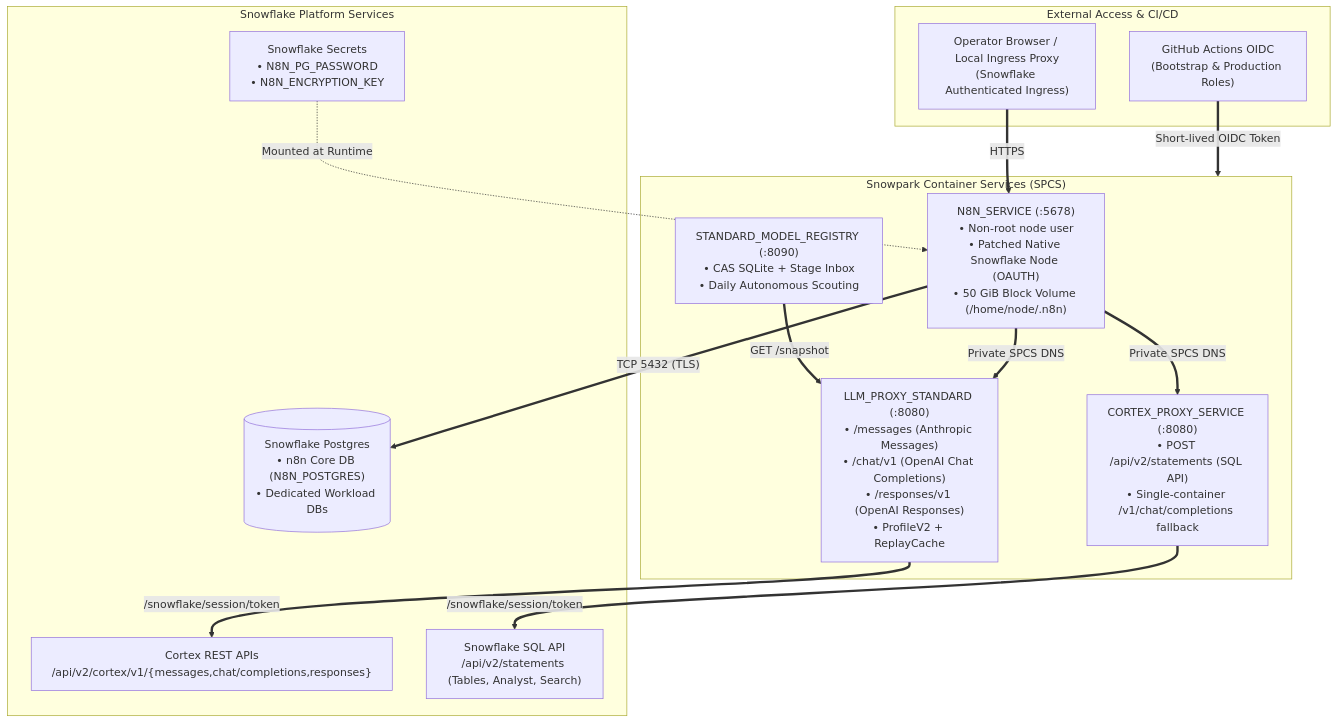
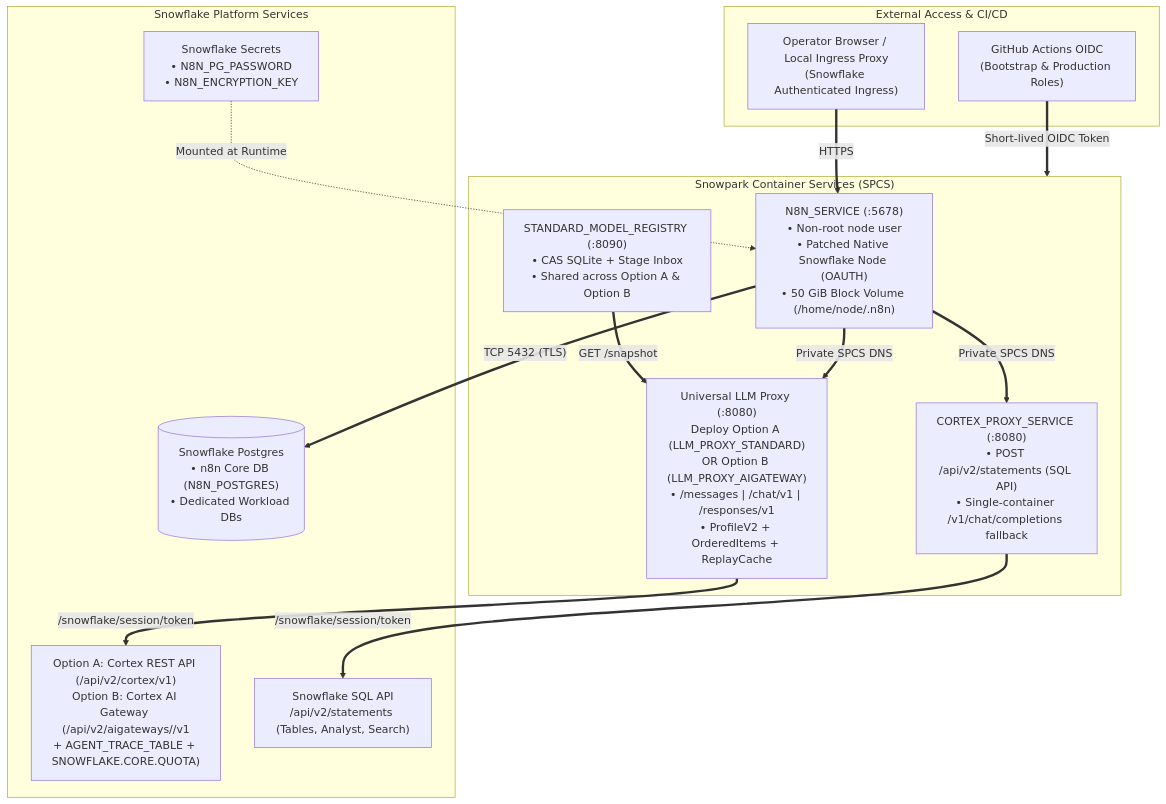
The diagram in docs/architecture.md (fbattaglieri-snowflake/n8n-snowflake), drawn with Mermaid before and after one commit. The commit also changed other lines of this file and 20 other files, not shown here.

First line of the commit message:
feat: add AI Gateway option, LLM_Options & Memory Tour synthetic SQL/roles, and fix CI (#28)

````diff
--- a/docs/architecture.md
+++ b/docs/architecture.md
@@ -5,31 +5,31 @@
 ```mermaid
 flowchart TB
     subgraph External["External Access & CI/CD"]
         OIDC["GitHub Actions OIDC<br/>(Bootstrap & Production Roles)"]
         UI["Operator Browser / Local Ingress Proxy<br/>(Snowflake Authenticated Ingress)"]
     end
 
     subgraph SPCS["Snowpark Container Services (SPCS)"]
         N8N["N8N_SERVICE (:5678)<br/>• Non-root node user<br/>• Patched Native Snowflake Node (OAUTH)<br/>• 50 GiB Block Volume (/home/node/.n8n)"]
-        STD["LLM_PROXY_STANDARD (:8080)<br/>• /messages (Anthropic Messages)<br/>• /chat/v1 (OpenAI Chat Completions)<br/>• /responses/v1 (OpenAI Responses)<br/>• ProfileV2 + ReplayCache"]
-        REG["STANDARD_MODEL_REGISTRY (:8090)<br/>• CAS SQLite + Stage Inbox<br/>• Daily Autonomous Scouting"]
+        LLMP["Universal LLM Proxy (:8080)<br/>Deploy Option A (LLM_PROXY_STANDARD)<br/>OR Option B (LLM_PROXY_AIGATEWAY)<br/>• /messages | /chat/v1 | /responses/v1<br/>• ProfileV2 + OrderedItems + ReplayCache"]
+        REG["STANDARD_MODEL_REGISTRY (:8090)<br/>• CAS SQLite + Stage Inbox<br/>• Shared across Option A & Option B"]
         SQLP["CORTEX_PROXY_SERVICE (:8080)<br/>• POST /api/v2/statements (SQL API)<br/>• Single-container /v1/chat/completions fallback"]
-        REG ==>|"GET /snapshot"| STD
+        REG ==>|"GET /snapshot"| LLMP
     end
 
     subgraph Snowflake["Snowflake Platform Services"]
         PG[("Snowflake Postgres<br/>• n8n Core DB (N8N_POSTGRES)<br/>• Dedicated Workload DBs")]
         SECRETS["Snowflake Secrets<br/>• N8N_PG_PASSWORD<br/>• N8N_ENCRYPTION_KEY"]
-        CORTEX["Cortex REST APIs<br/>/api/v2/cortex/v1/{messages,chat/completions,responses}"]
+        CORTEX["Option A: Cortex REST API (/api/v2/cortex/v1)<br/>Option B: Cortex AI Gateway (/api/v2/aigateways/<gw>/v1<br/>+ AGENT_TRACE_TABLE + SNOWFLAKE.CORE.QUOTA)"]
         SQLAPI["Snowflake SQL API<br/>/api/v2/statements (Tables, Analyst, Search)"]
     end
 
     OIDC ==>|"Short-lived OIDC Token"| SPCS
     UI ==>|"HTTPS"| N8N
     SECRETS -.->|"Mounted at Runtime"| N8N
     N8N ==>|"TCP 5432 (TLS)"| PG
-    N8N ==>|"Private SPCS DNS"| STD
+    N8N ==>|"Private SPCS DNS"| LLMP
     N8N ==>|"Private SPCS DNS"| SQLP
-    STD ==>|"/snowflake/session/token"| CORTEX
+    LLMP ==>|"/snowflake/session/token"| CORTEX
     SQLP ==>|"/snowflake/session/token"| SQLAPI
 ```
````
